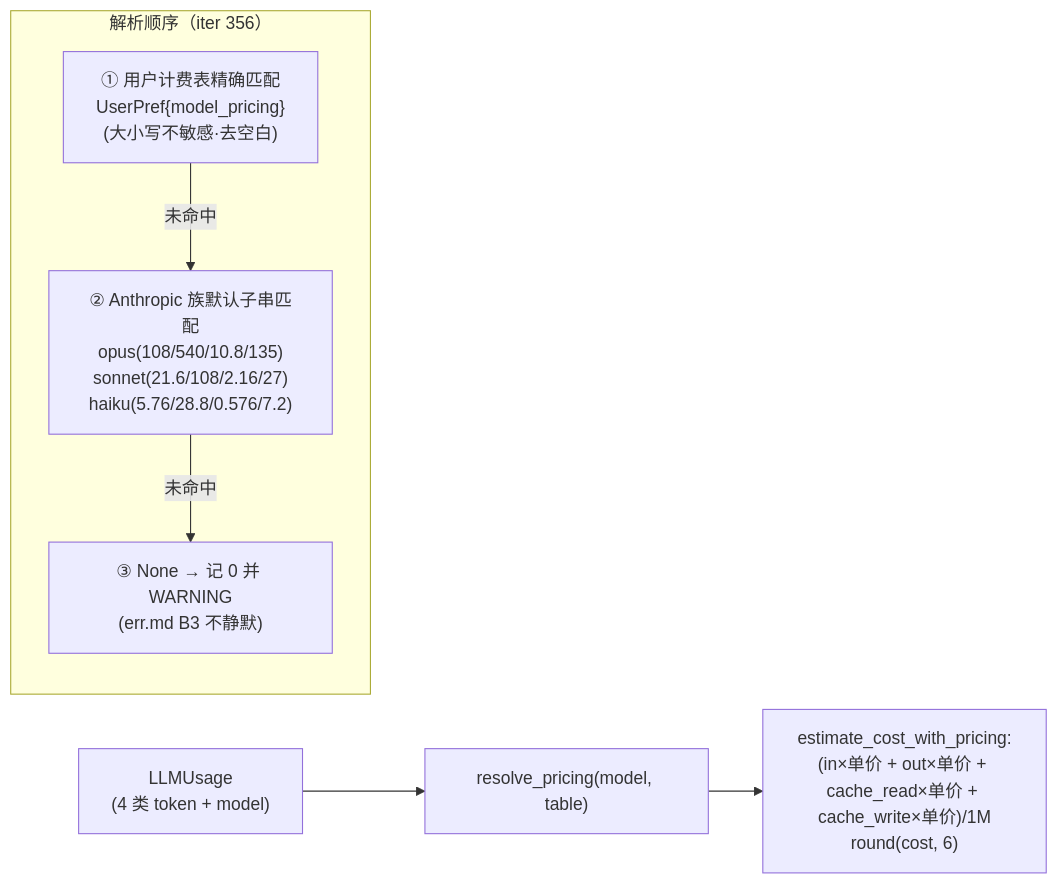
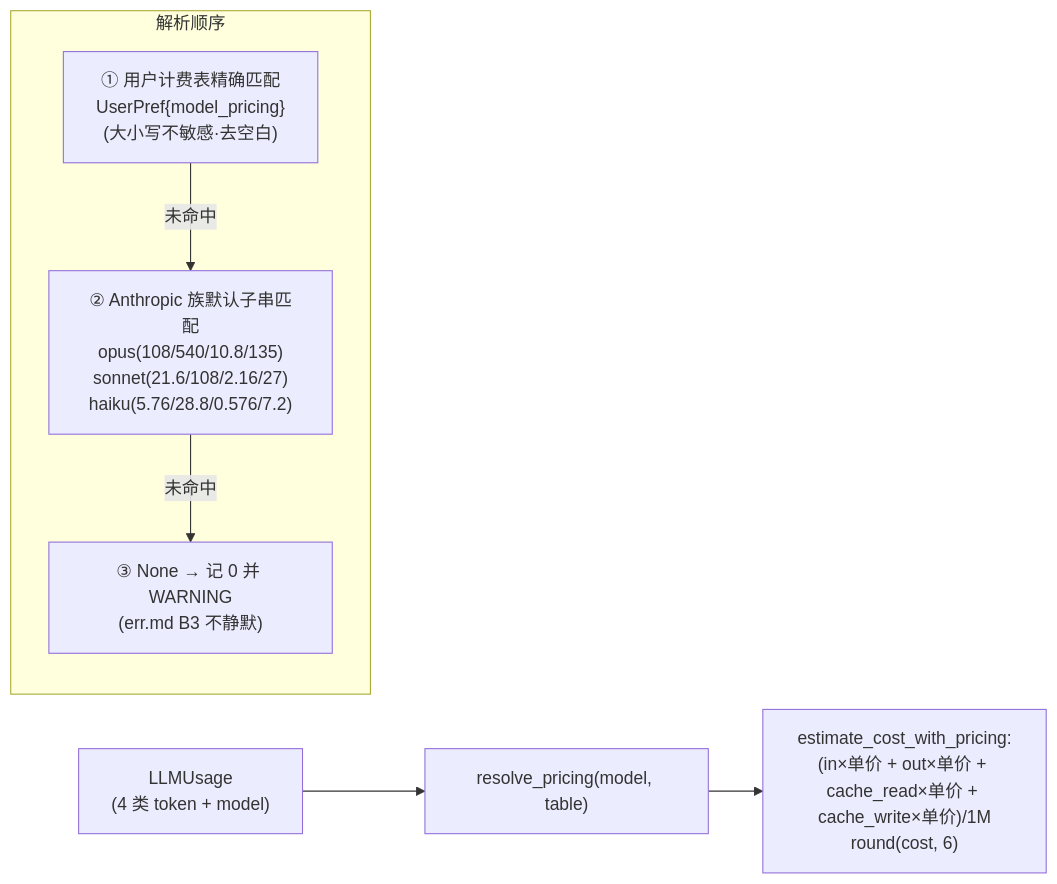
The second of 3 diagrams in note/05-LLM供应商与成本计量.md (hershate/Deep-tutor), drawn with Mermaid before and after one commit. The commit also changed other lines of this file and 5 other files, not shown here.

````diff
--- a/note/05-LLM供应商与成本计量.md
+++ b/note/05-LLM供应商与成本计量.md
@@ -64,9 +84,9 @@
 ```mermaid
 flowchart LR
     U["LLMUsage<br/>(4 类 token + model)"] --> RP["resolve_pricing(model, table)"]
-    subgraph RP_detail["解析顺序（iter 356）"]
+    subgraph RP_detail["解析顺序"]
         S1["① 用户计费表精确匹配<br/>UserPref{model_pricing}<br/>(大小写不敏感·去空白)"] -->|"未命中"| S2["② Anthropic 族默认子串匹配<br/>opus(108/540/10.8/135)<br/>sonnet(21.6/108/2.16/27)<br/>haiku(5.76/28.8/0.576/7.2)"]
         S2 -->|"未命中"| S3["③ None → 记 0 并 WARNING<br/>(err.md B3 不静默)"]
     end
     RP --> EC["estimate_cost_with_pricing:<br/>(in×单价 + out×单价 + cache_read×单价 + cache_write×单价)/1M<br/>round(cost, 6)"]
 ```
````
